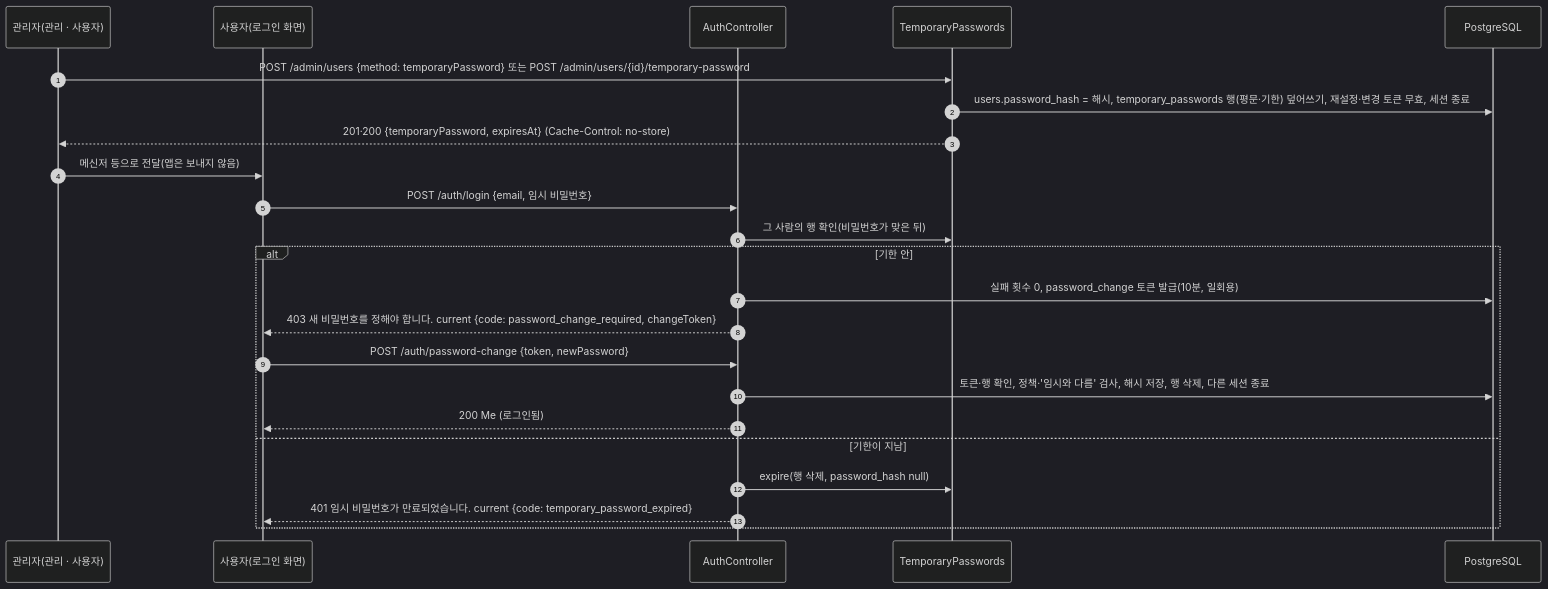
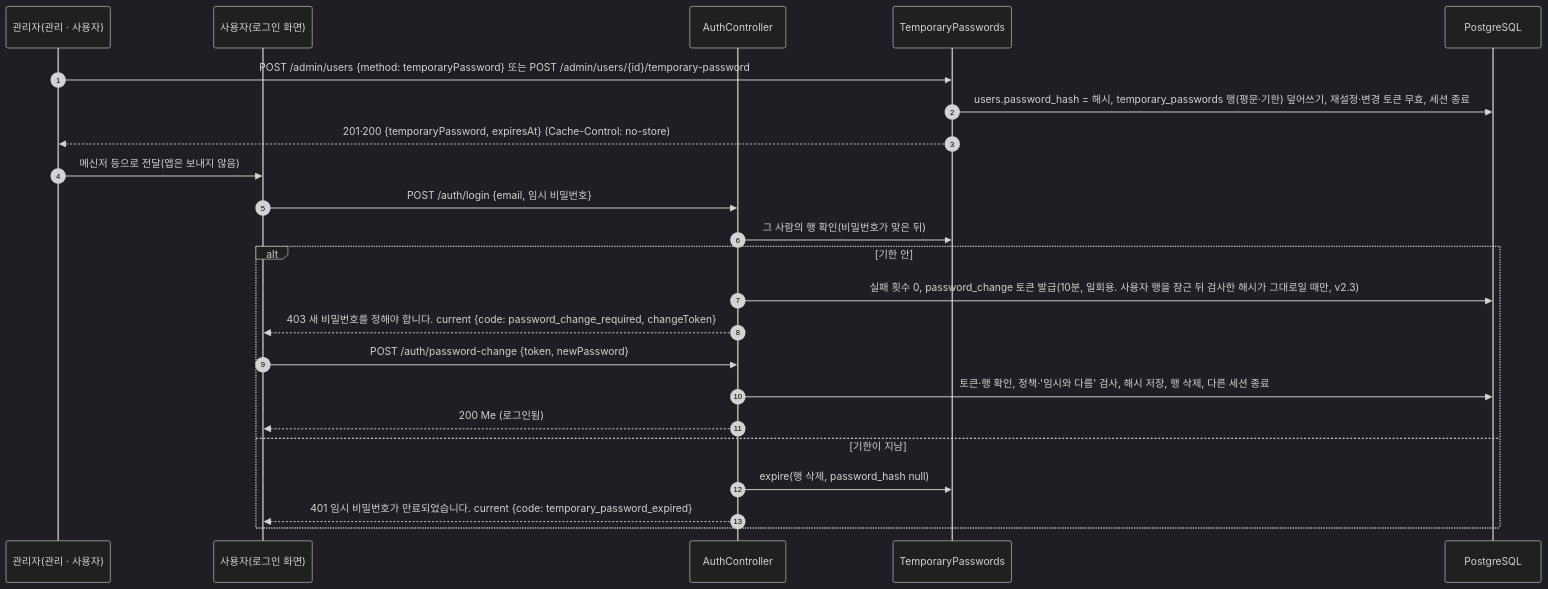
Before and after one commit to outlet13f/openPMS: the ninth of 11 diagrams in docs/deliverables/03-아키텍처설계서.md, drawn with Mermaid (dark theme). The commit also changed other lines of this file and 11 other files, not shown here.

````diff
--- a/docs/deliverables/03-아키텍처설계서.md
+++ b/docs/deliverables/03-아키텍처설계서.md
@@ -694,26 +696,26 @@
 ```mermaid
 sequenceDiagram
     autonumber
     participant A as 관리자(관리 · 사용자)
     participant U as 사용자(로그인 화면)
     participant C as AuthController
     participant T as TemporaryPasswords
     participant D as PostgreSQL
 
     A->>T: POST /admin/users {method: temporaryPassword} 또는 POST /admin/users/{id}/temporary-password
     T->>D: users.password_hash = 해시, temporary_passwords 행(평문·기한) 덮어쓰기, 재설정·변경 토큰 무효, 세션 종료
     T-->>A: 201·200 {temporaryPassword, expiresAt} (Cache-Control: no-store)
     A->>U: 메신저 등으로 전달(앱은 보내지 않음)
     U->>C: POST /auth/login {email, 임시 비밀번호}
     C->>T: 그 사람의 행 확인(비밀번호가 맞은 뒤)
     alt 기한 안
-        C->>D: 실패 횟수 0, password_change 토큰 발급(10분, 일회용)
+        C->>D: 실패 횟수 0, password_change 토큰 발급(10분, 일회용. 사용자 행을 잠근 뒤 검사한 해시가 그대로일 때만, v2.3)
         C-->>U: 403 새 비밀번호를 정해야 합니다. current {code: password_change_required, changeToken}
         U->>C: POST /auth/password-change {token, newPassword}
         C->>D: 토큰·행 확인, 정책·'임시와 다름' 검사, 해시 저장, 행 삭제, 다른 세션 종료
         C-->>U: 200 Me (로그인됨)
     else 기한이 지남
         C->>T: expire(행 삭제, password_hash null)
         C-->>U: 401 임시 비밀번호가 만료되었습니다. current {code: temporary_password_expired}
     end
 ```
````
